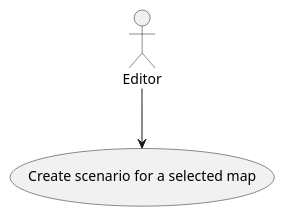
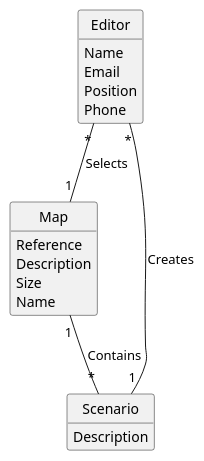
The diagram in docs/(template-files)/US04/us04.puml (Andremonteiro1240850/railway_simulator), drawn with PlantUML before and after one commit. The commit also changed 3 other files, not shown here.

Commit message:
Diagrams of US cases (1 trough 4) updated

```diff
--- a/docs/(template-files)/US04/us04.puml
+++ b/docs/(template-files)/US04/us04.puml
@@ -1,10 +1,34 @@
 @startuml
 'https://plantuml.com/use-case-diagram
 
-Actor Editor
+skinparam monochrome true
+skinparam packageStyle rectangle
+skinparam shadowing false
 
-UseCase "Create scenario for a selected map" as (CreateScenario)
+skinparam classAttributeIconSize 0
+hide circle
+hide methods
 
-Editor --> (CreateScenario)
+class Editor {
+  Name
+  Email
+  Position
+  Phone
+}
+
+class Map {
+  Reference
+  Description
+  Size
+  Name
+}
+
+class Scenario {
+  Description
+}
+
+Editor "*" -- "1" Map : Selects
+Editor "*" -- "1" Scenario : Creates
+Map "1" -- "*" Scenario : Contains
 
 @enduml
```
